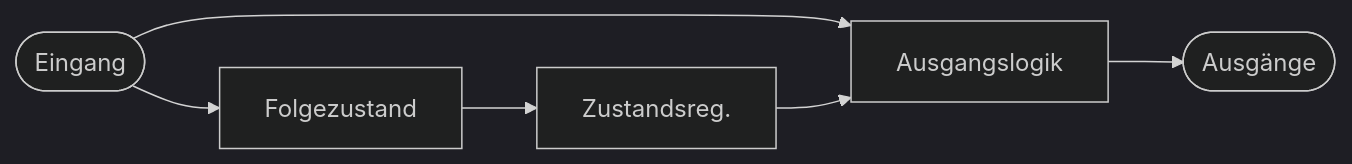
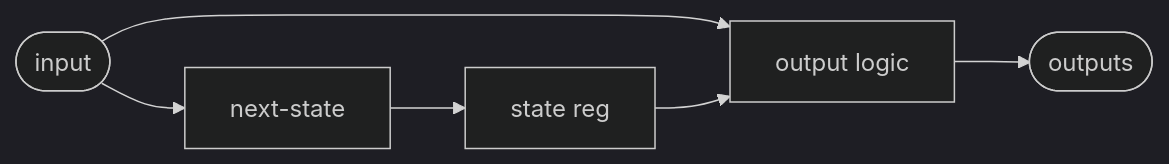
Before and after one commit to Kmila9s/Kmila: the second of 2 diagrams in Kmila.Shared/wwwroot/Learn/de/fsm/01-mealy-vs-moore.md, drawn with Mermaid (dark theme). The commit also changed other lines of this file and 207 other files, not shown here.

````diff
--- a/Kmila.Shared/wwwroot/Learn/de/fsm/01-mealy-vs-moore.md
+++ b/Kmila.Shared/wwwroot/Learn/de/fsm/01-mealy-vs-moore.md
@@ -32,8 +32,8 @@
 ```mermaid
 flowchart LR
-    IN([Eingang]) --> NS["Folgezustand"]
-    NS --> SR["Zustandsreg."]
-    IN --> OL["Ausgangslogik"]
+    IN([input]) --> NS["next-state"]
+    NS --> SR["state reg"]
+    IN --> OL["output logic"]
     SR --> OL
-    OL --> OUT([Ausgänge])
+    OL --> OUT([outputs])
 ```
````
